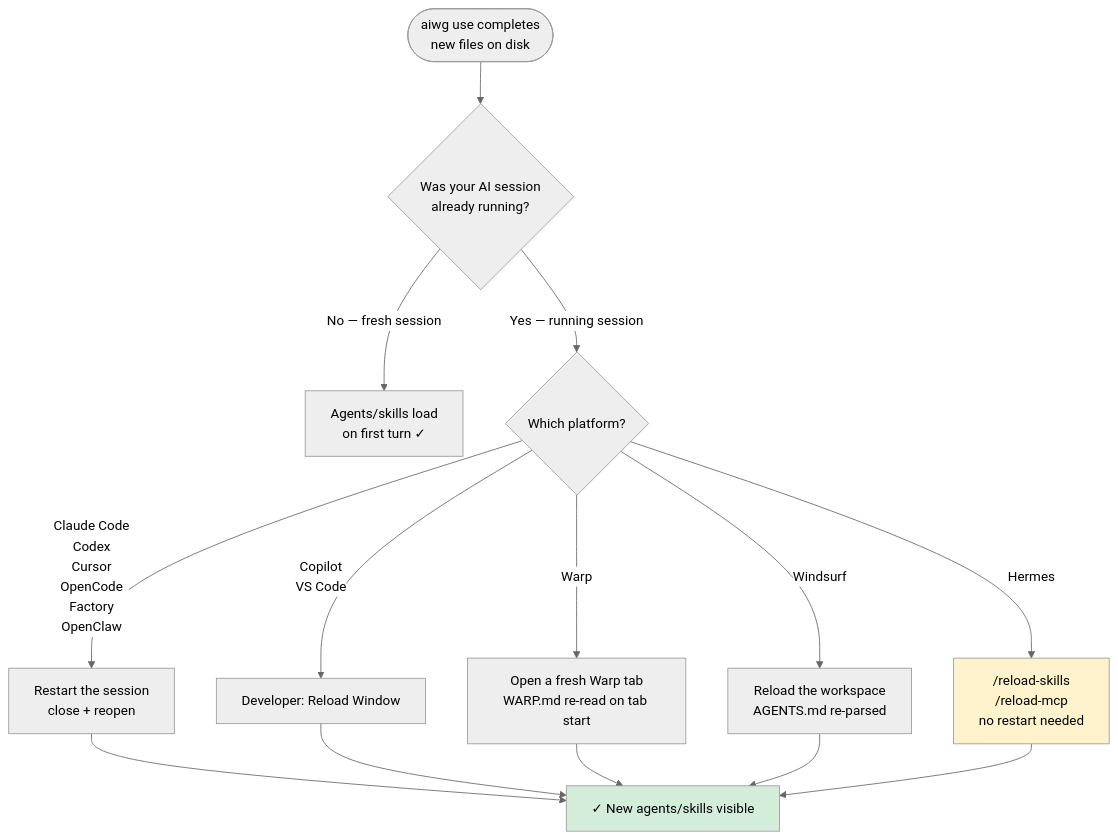
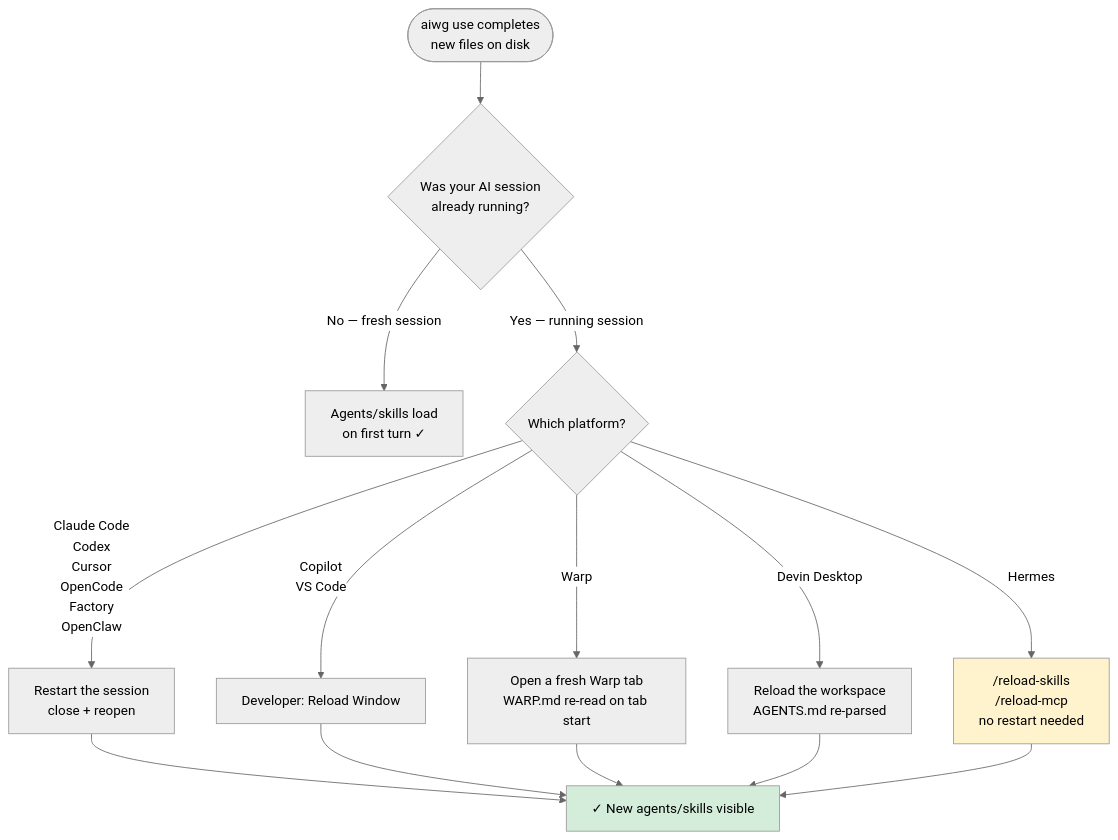
One commit to jmagly/ai-writing-guide changed the eighth of 8 diagrams in docs/architecture-overview.md. Above: the diagram before and after it, drawn with Mermaid (neutral theme). The commit also changed other lines of this file and 9 other files, not shown here.

````diff
--- a/docs/architecture-overview.md
+++ b/docs/architecture-overview.md
@@ -319,30 +319,30 @@
 ```mermaid
 flowchart TB
   DEPLOY([aiwg use completes<br/>new files on disk])
   DEPLOY --> Q{Was your AI session<br/>already running?}
 
   Q -->|No — fresh session| OK[Agents/skills load<br/>on first turn ✓]
 
   Q -->|Yes — running session| RELOAD{Which platform?}
 
   RELOAD -->|Claude Code<br/>Codex<br/>Cursor<br/>OpenCode<br/>Factory<br/>OpenClaw| RESTART[Restart the session<br/>close + reopen]
 
   RELOAD -->|Copilot<br/>VS Code| WIN["Developer: Reload Window"]
 
   RELOAD -->|Warp| TAB[Open a fresh Warp tab<br/>WARP.md re-read on tab start]
 
-  RELOAD -->|Windsurf| WORK[Reload the workspace<br/>AGENTS.md re-parsed]
+  RELOAD -->|Devin Desktop| WORK[Reload the workspace<br/>AGENTS.md re-parsed]
 
   RELOAD -->|Hermes| HCMD["/reload-skills<br/>/reload-mcp<br/>no restart needed"]
 
   RESTART --> DONE[✓ New agents/skills visible]
   WIN --> DONE
   TAB --> DONE
   WORK --> DONE
   HCMD --> DONE
 
   classDef good fill:#d4edda
   classDef hermes fill:#fff3cd
   class HCMD hermes
   class DONE good
 ```
````
